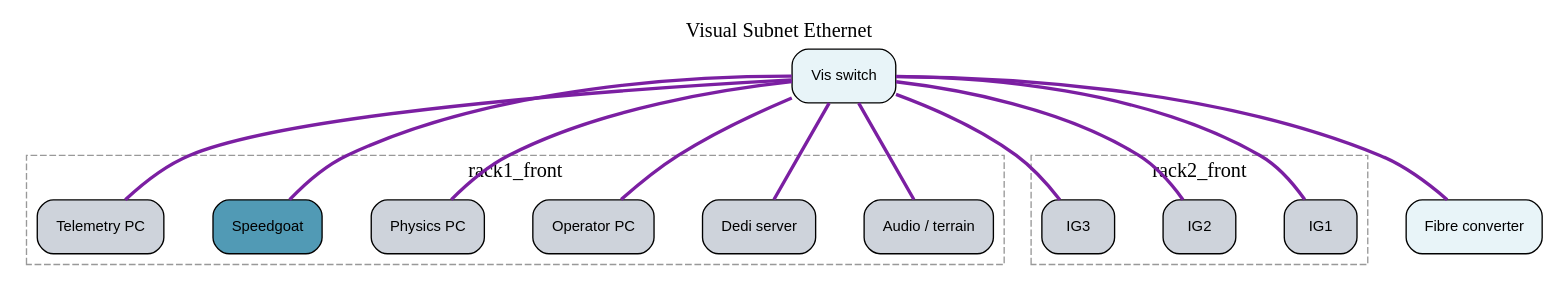
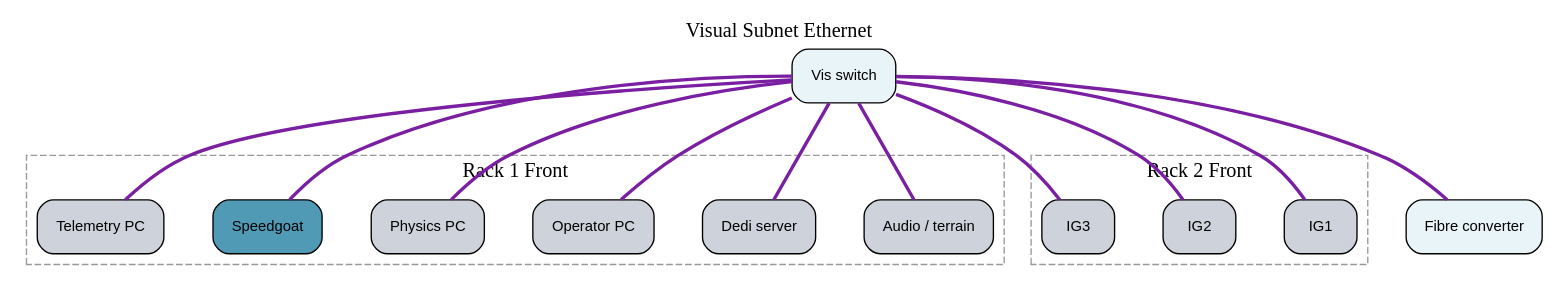
Before and after one commit to BenjiPestell/rack-diagram-demo: the diagram in wiring_visual_subnet_ethernet.dot, drawn with Graphviz. The commit also changed 6 other files, not shown here.

```diff
--- a/wiring_visual_subnet_ethernet.dot
+++ b/wiring_visual_subnet_ethernet.dot
@@ -1,120 +1,120 @@
 graph "Visual Subnet Ethernet" {
 
   graph [
     rankdir=TB,
     nodesep=0.5,
     ranksep=1.0,
     bgcolor="white",
     label="Visual Subnet Ethernet",
     labelloc=t,
     fontsize=15,
     fontname="Arial Bold"
   ];
 
   node [
     shape=box,
     style="rounded,filled",
     fillcolor="#E8F4F8",
     fontsize=11,
     fontname="Arial",
     margin=0.2
   ];
 
   edge [
     color="#7B1FA2",
     style=solid,
     penwidth=2.5
   ];
 
   // Devices by rack
   subgraph cluster_rack1_front {
-    label="rack1_front";
+    label="Rack 1 Front";
     style=dashed;
     color="#999999";
 
     "Audio___terrain" [
       label="Audio / terrain",
       fillcolor="#ced3db"
     ];
     "Dedi_server" [
       label="Dedi server",
       fillcolor="#ced3db"
     ];
     "Operator_PC" [
       label="Operator PC",
       fillcolor="#ced3db"
     ];
     "Physics_PC" [
       label="Physics PC",
       fillcolor="#ced3db"
     ];
     "Speedgoat" [
       label="Speedgoat",
       fillcolor="#519AB5"
     ];
     "Telemetry_PC" [
       label="Telemetry PC",
       fillcolor="#ced3db"
     ];
   }
 
   subgraph cluster_rack2_front {
-    label="rack2_front";
+    label="Rack 2 Front";
     style=dashed;
     color="#999999";
 
     "IG1" [
       label="IG1",
       fillcolor="#ced3db"
     ];
     "IG2" [
       label="IG2",
       fillcolor="#ced3db"
     ];
     "IG3" [
       label="IG3",
       fillcolor="#ced3db"
     ];
   }
 
   // External devices
   "Fibre_converter" [
     label="Fibre converter"
   ];
   "Vis_switch" [
     label="Vis switch"
   ];
 
   // Connections
   "Vis_switch" -- "Audio___terrain" [
     color="#7B1FA2", style=solid, penwidth=2.5
   ];
   "Vis_switch" -- "Telemetry_PC" [
     color="#7B1FA2", style=solid, penwidth=2.5
   ];
   "Vis_switch" -- "Fibre_converter" [
     color="#7B1FA2", style=solid, penwidth=2.5
   ];
   "Vis_switch" -- "Physics_PC" [
     color="#7B1FA2", style=solid, penwidth=2.5
   ];
   "Vis_switch" -- "Speedgoat" [
     color="#7B1FA2", style=solid, penwidth=2.5
   ];
   "Vis_switch" -- "Operator_PC" [
     color="#7B1FA2", style=solid, penwidth=2.5
   ];
   "Vis_switch" -- "Dedi_server" [
     color="#7B1FA2", style=solid, penwidth=2.5
   ];
   "Vis_switch" -- "IG1" [
     color="#7B1FA2", style=solid, penwidth=2.5
   ];
   "Vis_switch" -- "IG2" [
     color="#7B1FA2", style=solid, penwidth=2.5
   ];
   "Vis_switch" -- "IG3" [
     color="#7B1FA2", style=solid, penwidth=2.5
   ];
 
 }
```
